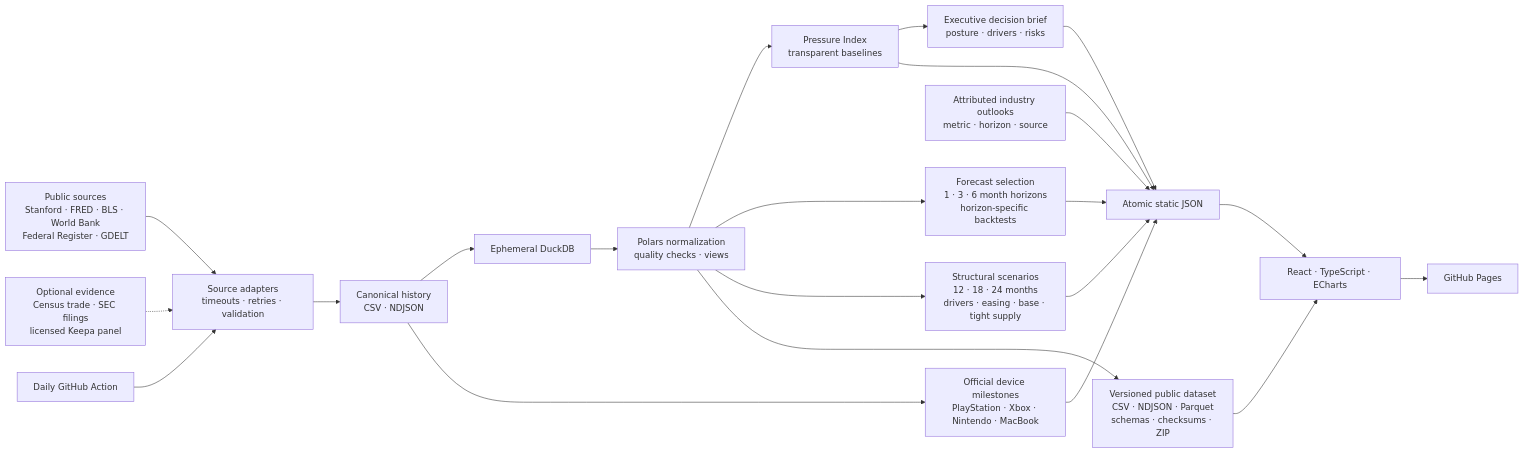
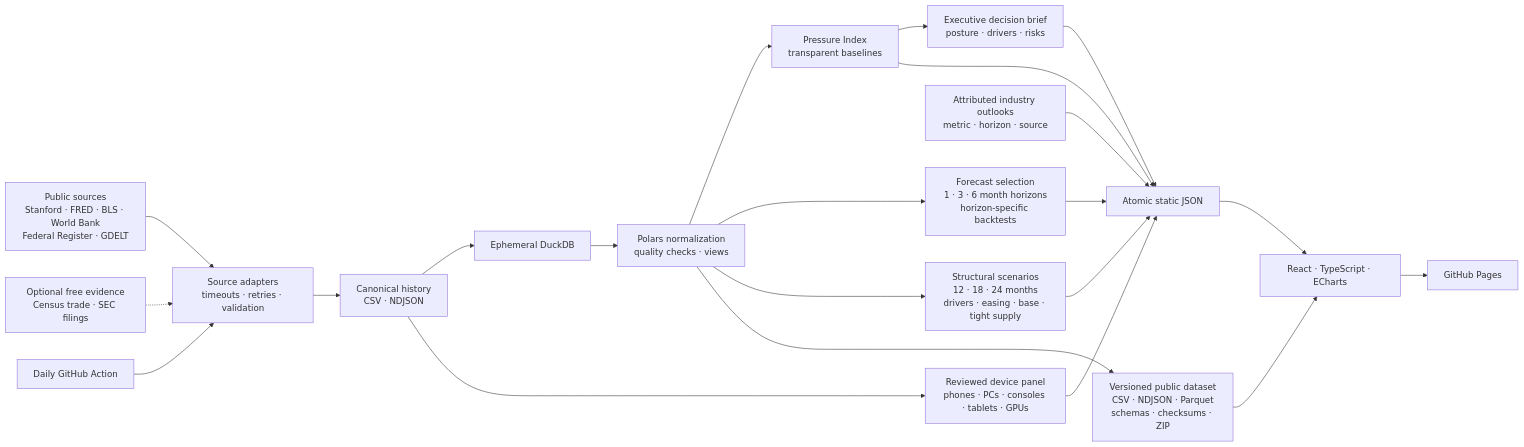
One commit to Photon7777/memorypulse changed the diagram in README.md. Above: the diagram before and after it, drawn with Mermaid. The commit also changed other lines of this file and 54 other files, not shown here.

Commit message:
feat: add free device response intelligence

````diff
--- a/README.md
+++ b/README.md
@@ -31,24 +31,24 @@
 ```mermaid
 flowchart LR
   A["Public sources\nStanford · FRED · BLS · World Bank\nFederal Register · GDELT"] --> B["Source adapters\ntimeouts · retries · validation"]
-  K["Optional evidence\nCensus trade · SEC filings\nlicensed Keepa panel"] -.-> B
+  K["Optional free evidence\nCensus trade · SEC filings"] -.-> B
   B --> C["Canonical history\nCSV · NDJSON"]
   C --> D["Ephemeral DuckDB"]
   D --> E["Polars normalization\nquality checks · views"]
   E --> F["Pressure Index\ntransparent baselines"]
   E --> G["Forecast selection\n1 · 3 · 6 month horizons\nhorizon-specific backtests"]
   E --> S["Structural scenarios\n12 · 18 · 24 months\ndrivers · easing · base · tight supply"]
   O["Attributed industry outlooks\nmetric · horizon · source"] --> H
-  C --> P["Official device milestones\nPlayStation · Xbox · Nintendo · MacBook"]
+  C --> P["Reviewed device panel\nphones · PCs · consoles · tablets · GPUs"]
   P --> H
   F --> Q["Executive decision brief\nposture · drivers · risks"]
   F --> H["Atomic static JSON"]
   G --> H
   S --> H
   Q --> H
   E --> R["Versioned public dataset\nCSV · NDJSON · Parquet\nschemas · checksums · ZIP"]
   H --> I["React · TypeScript · ECharts"]
   R --> I
   I --> J["GitHub Pages"]
   L["Daily GitHub Action"] --> B
 ```
````
